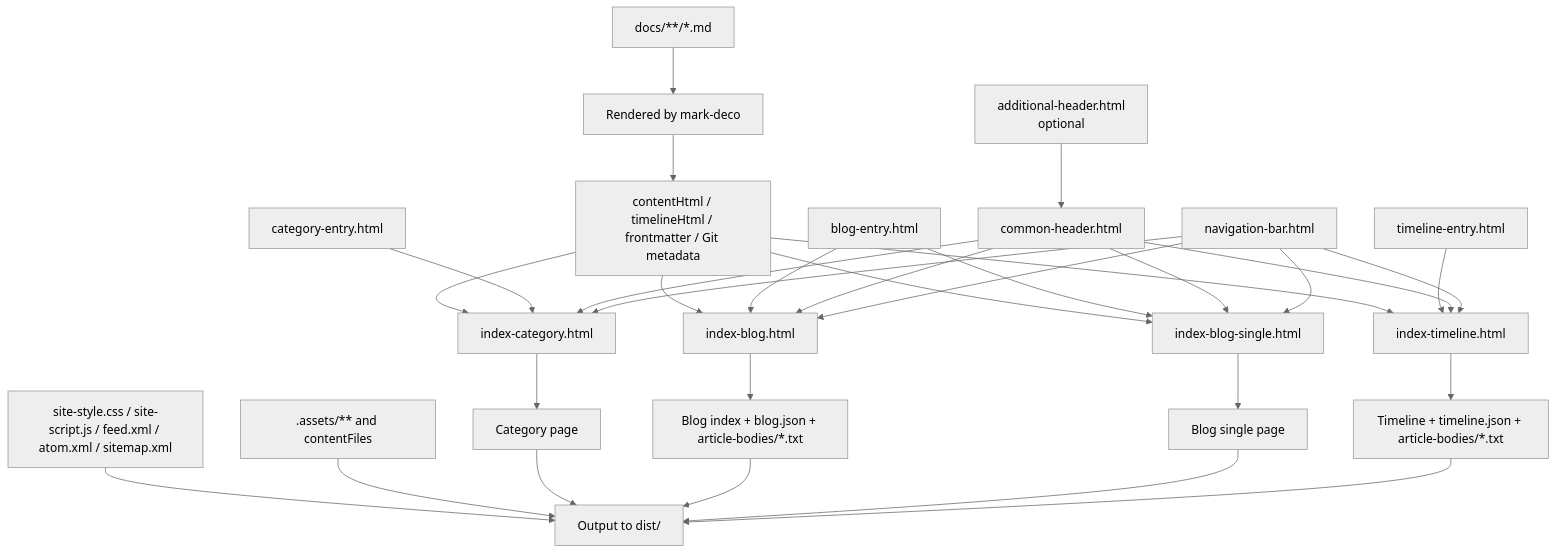
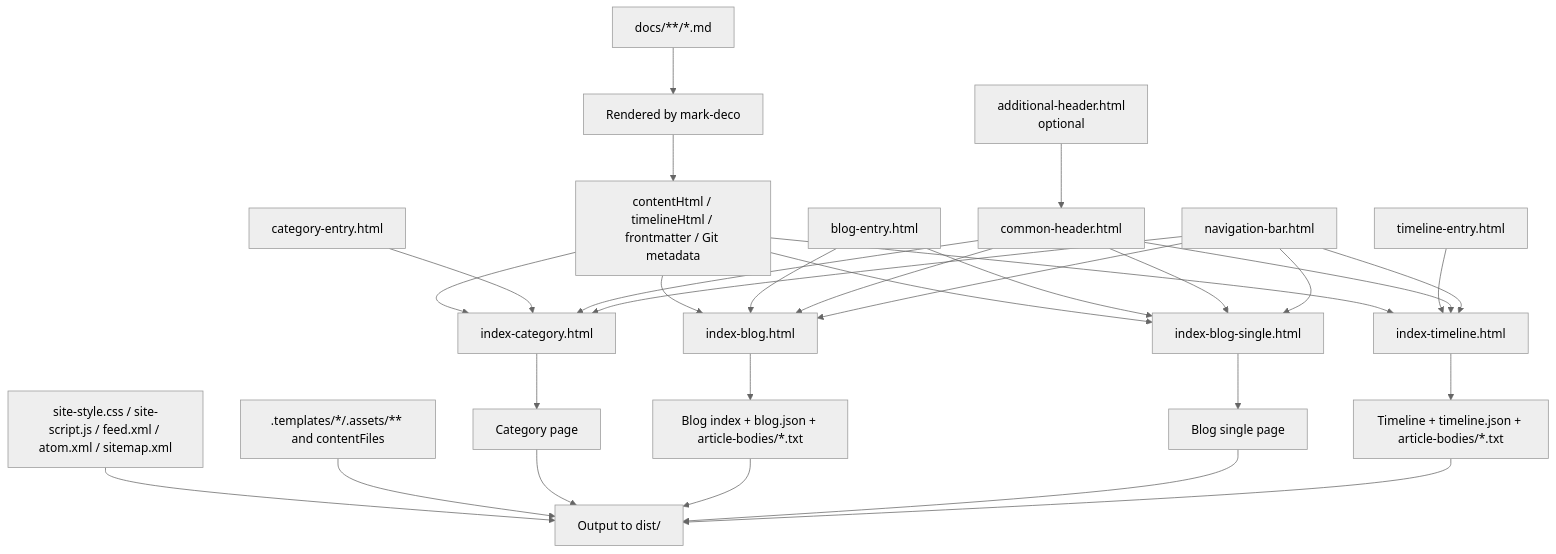
One commit to kekyo/a-terra-forge changed the second of 2 diagrams in README.md. Above: the diagram before and after it, drawn with Mermaid (neutral theme). The commit also changed other lines of this file and 17 other files, not shown here.

````diff
--- a/README.md
+++ b/README.md
@@ -1044,37 +1045,37 @@
 ```mermaid
 flowchart TD
   A[docs/**/*.md] --> B[Rendered by mark-deco]
   B --> C[contentHtml / timelineHtml / frontmatter / Git metadata]
 
   C --> D[index-category.html]
   C --> E[index-blog.html]
   C --> F[index-blog-single.html]
   C --> G[index-timeline.html]
 
   H[category-entry.html] --> D
   I[blog-entry.html] --> E
   I --> F
   J[timeline-entry.html] --> G
 
   K[common-header.html] --> D
   K --> E
   K --> F
   K --> G
   L[navigation-bar.html] --> D
   L --> E
   L --> F
   L --> G
   M[additional-header.html<br/>optional] --> K
 
   D --> N[Category page]
   E --> O[Blog index + blog.json + article-bodies/*.txt]
   F --> P[Blog single page]
   G --> Q[Timeline + timeline.json + article-bodies/*.txt]
 
   R[site-style.css / site-script.js / feed.xml / atom.xml / sitemap.xml] --> S[Output to dist/]
-  T[.assets/** and contentFiles] --> S
+  T[.templates/*/.assets/** and contentFiles] --> S
   N --> S
   O --> S
   P --> S
   Q --> S
 ```
````
